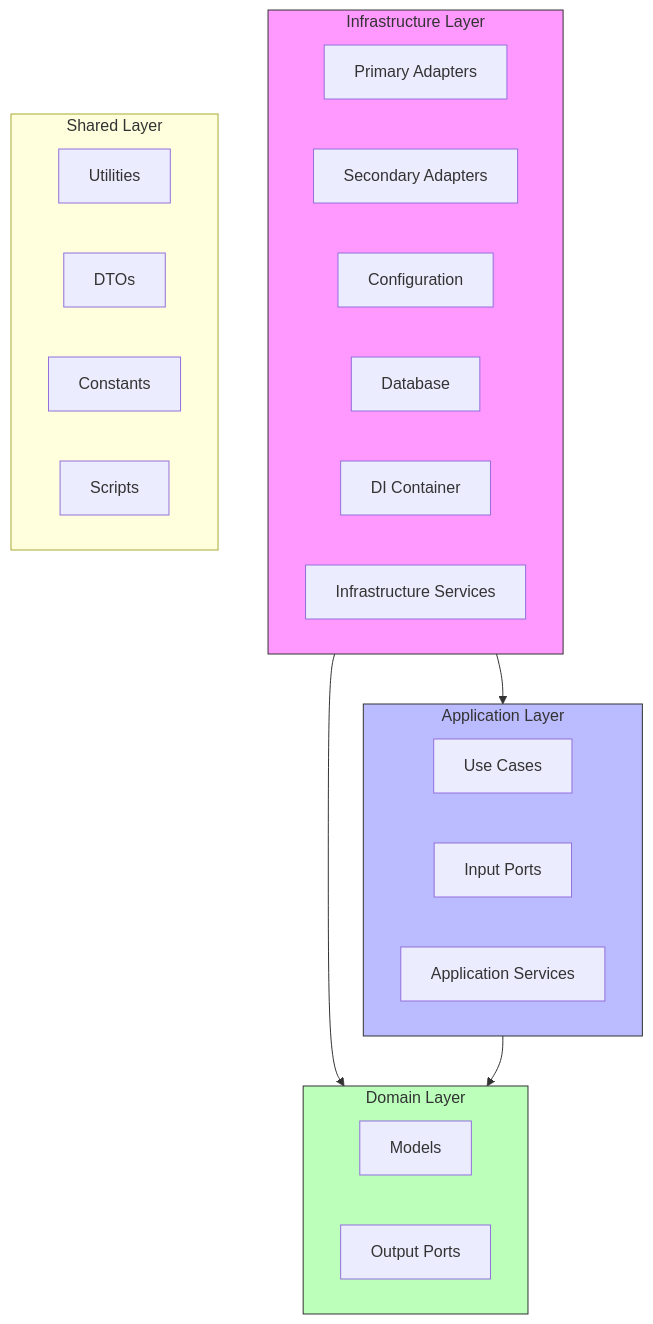
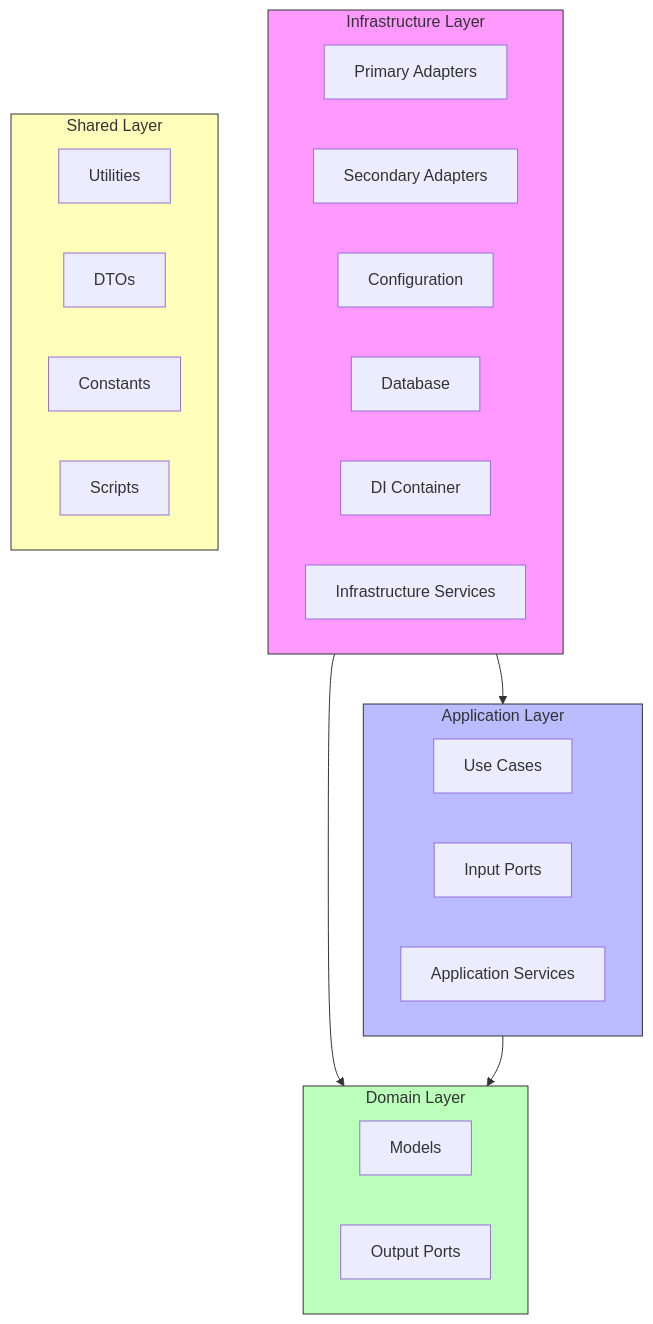
One commit to GenesisEducationKyiv/software-engineering-school-5-0-vladyslavJ changed the diagram in docs/sad/001-ports-and-adapters-architecture.md. Above: the diagram before and after it, drawn with Mermaid. The commit also changed other lines of this file, not shown here.

````diff
--- a/docs/sad/001-ports-and-adapters-architecture.md
+++ b/docs/sad/001-ports-and-adapters-architecture.md
@@ -41,45 +41,46 @@
 ```mermaid
 graph TB
 
     subgraph InfrastructureLayer["Infrastructure Layer"]
         PrA["Primary Adapters"]
         SecA["Secondary Adapters"]
         Config["Configuration"]
         DB["Database"]
         DI["DI Container"]
         InfraServices["Infrastructure Services"]
     end
 
     subgraph ApplicationLayer["Application Layer"]
         UC["Use Cases"]
         IP["Input Ports"]
         AppServices["Application Services"]
     end
 
-        subgraph DomainLayer["Domain Layer"]
+    subgraph DomainLayer["Domain Layer"]
         Models["Models"]
         OP["Output Ports"]
     end
 
     subgraph SharedLayer["Shared Layer"]
         Utils["Utilities"]
         DTOs["DTOs"]
         Constants["Constants"]
         Scripts["Scripts"]
     end
 
     %% Dependencies between layers
     InfrastructureLayer --> ApplicationLayer
     InfrastructureLayer --> DomainLayer
     ApplicationLayer --> DomainLayer
 
     %% Styles
     classDef domainStyle fill:#bfb,stroke:#333;
     classDef applicationStyle fill:#bbf,stroke:#333;
     classDef infrastructureStyle fill:#f9f,stroke:#333;
     classDef sharedStyle fill:#ffb,stroke:#333;
 
     class DomainLayer domainStyle;
     class ApplicationLayer applicationStyle;
     class InfrastructureLayer infrastructureStyle;
+    class SharedLayer sharedStyle;
 ```
````
